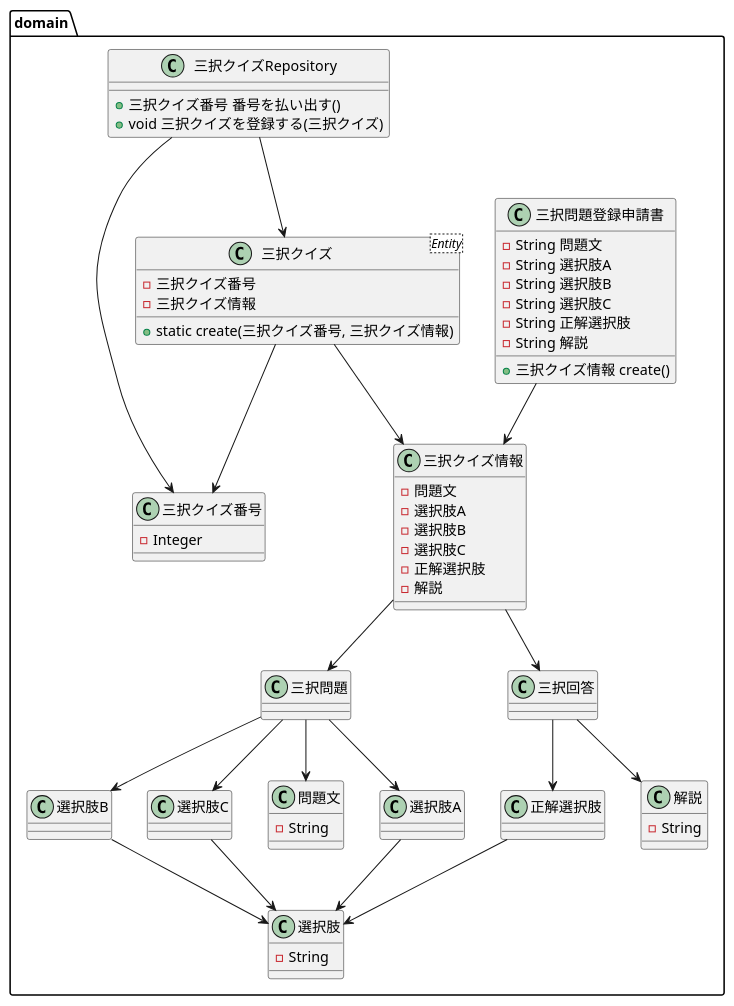
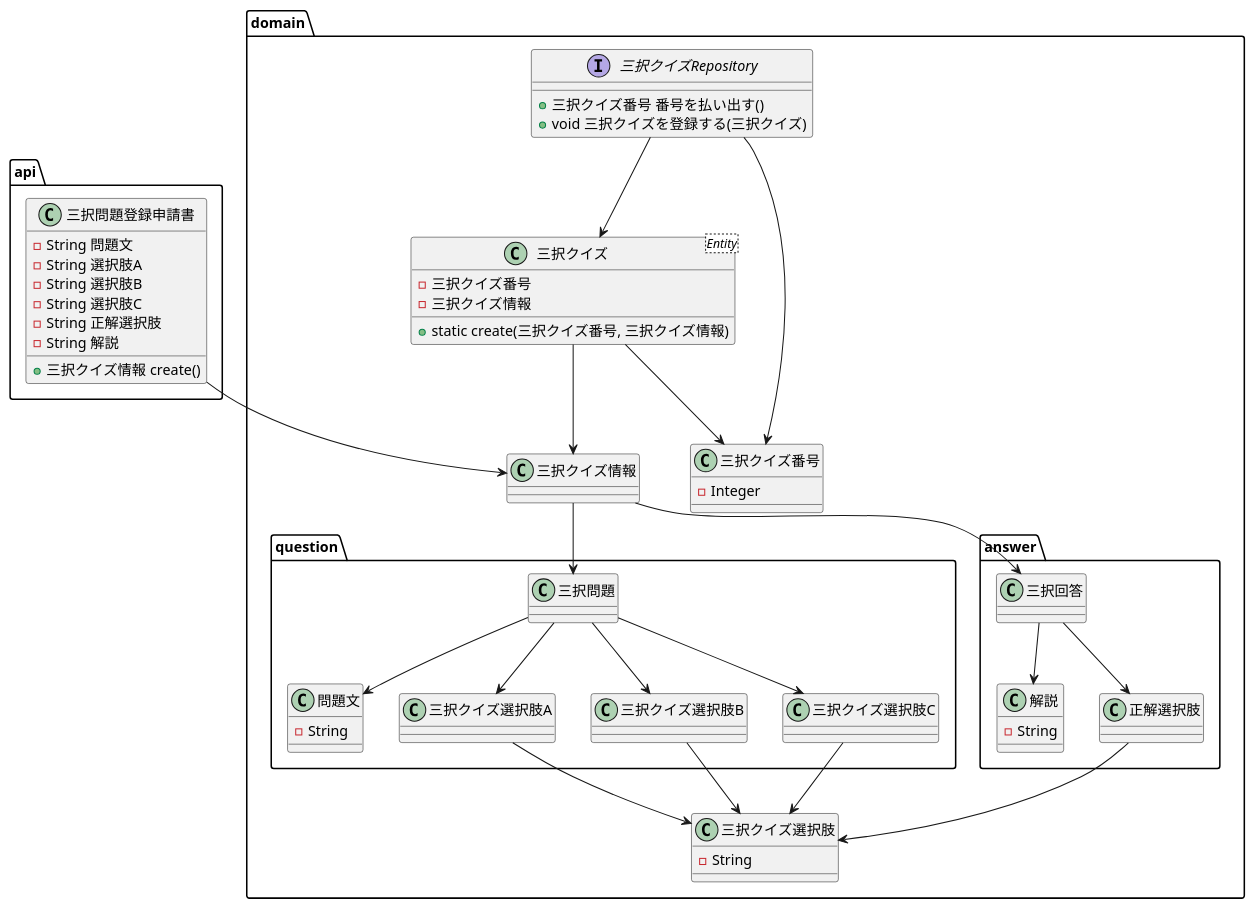
One commit to n-oikawa/study changed the diagram in doc/クイズ/register_model.puml. Above: the diagram before and after it, drawn with PlantUML. The commit also changed 4 other files, not shown here.

```diff
--- a/doc/クイズ/register_model.puml
+++ b/doc/クイズ/register_model.puml
@@ -1,88 +1,69 @@
 @startuml
 
-package domain {
-
+package api {
   class 三択問題登録申請書 {
       - String 問題文
       - String 選択肢A
       - String 選択肢B
       - String 選択肢C
       - String 正解選択肢
       - String 解説
     + 三択クイズ情報 create()
   }
-
+}
+package domain {
   class 三択クイズ情報 {
-      - 問題文
-      - 選択肢A
-      - 選択肢B
-      - 選択肢C
-      - 正解選択肢
-      - 解説
-''      + 三択クイズ create(三択クイズ番号)
   }
-
-
-/'
-  package 登録申請書 {
-    class 三択問題登録申請書 {
-      - 問題文
-      - 選択肢A
-      - 選択肢B
-      - 選択肢C
-      - 正解選択肢
-      - 解説
-      + 三択クイズ create()
-    }
-  }
-'/
 
   class "三択クイズ<Entity>" as 三択クイズ {
     - 三択クイズ番号
     - 三択クイズ情報
     + static create(三択クイズ番号, 三択クイズ情報)
   }
 
-  class 三択クイズRepository {
+  interface 三択クイズRepository {
     + 三択クイズ番号 番号を払い出す()
     + void 三択クイズを登録する(三択クイズ)
-  }
-
-  class 正解選択肢 {
   }
 
   class 三択クイズ番号 {
     - Integer
   }
+    package question {
+        class 問題文 {
+            - String
+        }
+        三択問題 --> 問題文
+        三択問題 --> 三択クイズ選択肢A
+        三択問題 --> 三択クイズ選択肢B
+        三択問題 --> 三択クイズ選択肢C
+    }
+    package answer {
+        class 解説 {
+            - String
+        }
+        class 正解選択肢 {
+        }
+        三択回答 --> 正解選択肢
+        三択回答 --> 解説
+    }
+    class 三択クイズ選択肢 {
+        - String
+    }
+    三択クイズRepository --> 三択クイズ
+    三択クイズRepository --> 三択クイズ番号
+    三択クイズ --> 三択クイズ番号
+    三択クイズ --> 三択クイズ情報
+    三択クイズ情報 --> 三択問題
+    三択クイズ情報 --> 三択回答
+    三択クイズ選択肢A --> 三択クイズ選択肢
+    三択クイズ選択肢B --> 三択クイズ選択肢
+    三択クイズ選択肢C --> 三択クイズ選択肢
+    正解選択肢 --> 三択クイズ選択肢
 
-  class 問題文 {
-    - String
-  }
-  class 解説 {
-    - String
-  }
-  class 選択肢 {
-    - String
-  }
+}
 
-''  三択問題登録申請書 --> 三択クイズ
-  三択問題登録申請書 --> 三択クイズ情報
-''  三択クイズ情報 --> 三択クイズ番号
-''  三択クイズ情報 --> 三択クイズ
-  三択クイズRepository --> 三択クイズ
-  三択クイズRepository --> 三択クイズ番号
-  三択クイズ --> 三択クイズ番号
-  三択クイズ --> 三択クイズ情報
-  三択クイズ情報 --> 三択問題
-  三択クイズ情報 --> 三択回答
-  三択問題 --> 問題文
-  三択問題 --> 選択肢A
-  三択問題 --> 選択肢B
-  三択問題 --> 選択肢C
-  三択回答 --> 正解選択肢
-  三択回答 --> 解説
-  選択肢A --> 選択肢
-  選択肢B --> 選択肢
-  選択肢C --> 選択肢
-  正解選択肢 --> 選択肢
+三択問題登録申請書 --> 三択クイズ情報
+
+
 @enduml
```
